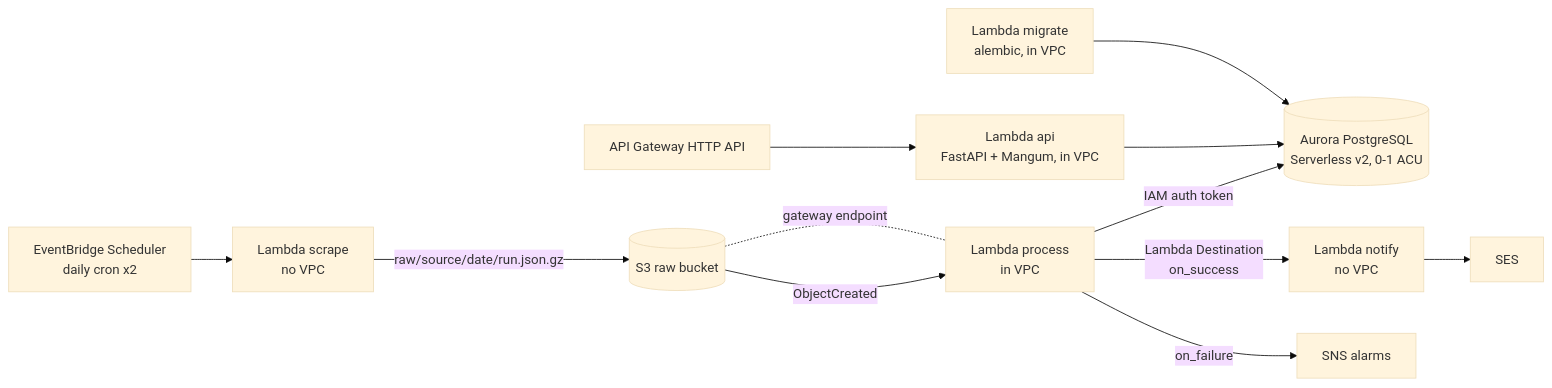
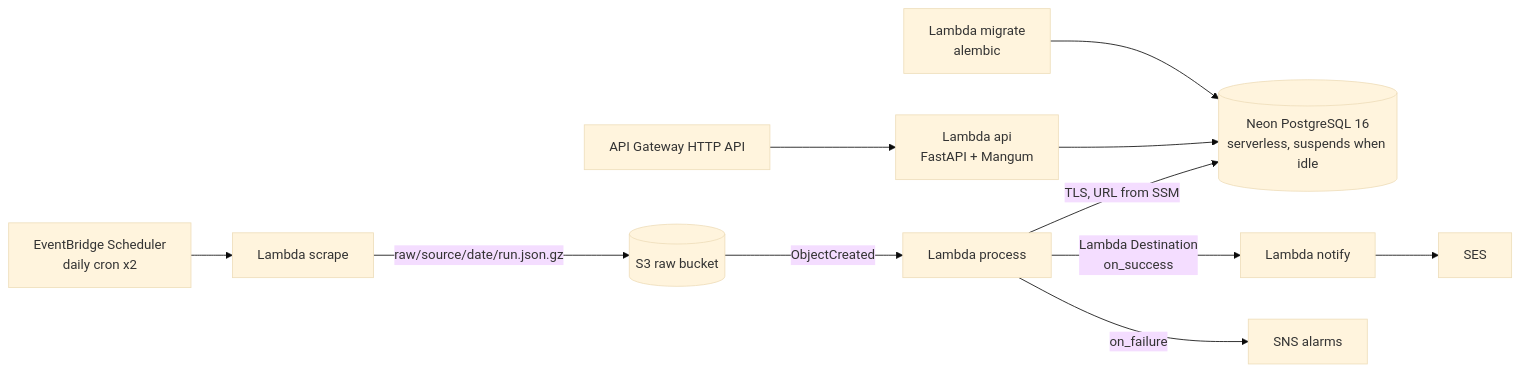
The diagram in README.md (HoangMNguyen/pricepulse), drawn with Mermaid (base theme) before and after one commit. The commit also changed other lines of this file and 23 other files, not shown here.

First line of the commit message:
infra: move the database from Aurora to Neon (ADR-0009)

````diff
--- a/README.md
+++ b/README.md
@@ -12,14 +12,13 @@
 ```mermaid
 flowchart LR
-  EB[EventBridge Scheduler<br/>daily cron x2] --> SCR[Lambda scrape<br/>no VPC]
+  EB[EventBridge Scheduler<br/>daily cron x2] --> SCR[Lambda scrape]
   SCR -->|raw/source/date/run.json.gz| S3[(S3 raw bucket)]
-  S3 -->|ObjectCreated| PROC[Lambda process<br/>in VPC]
-  PROC -->|IAM auth token| DB[(Aurora PostgreSQL<br/>Serverless v2, 0-1 ACU)]
-  PROC -->|Lambda Destination<br/>on_success| NOTI[Lambda notify<br/>no VPC]
+  S3 -->|ObjectCreated| PROC[Lambda process]
+  PROC -->|TLS, URL from SSM| DB[(Neon PostgreSQL 16<br/>serverless, suspends when idle)]
+  PROC -->|Lambda Destination<br/>on_success| NOTI[Lambda notify]
   NOTI --> SES[SES]
   PROC -->|on_failure| SNS[SNS alarms]
-  APIGW[API Gateway HTTP API] --> API[Lambda api<br/>FastAPI + Mangum, in VPC]
+  APIGW[API Gateway HTTP API] --> API[Lambda api<br/>FastAPI + Mangum]
   API --> DB
-  MIG[Lambda migrate<br/>alembic, in VPC] --> DB
-  S3 -. gateway endpoint .- PROC
+  MIG[Lambda migrate<br/>alembic] --> DB
 ```
````
